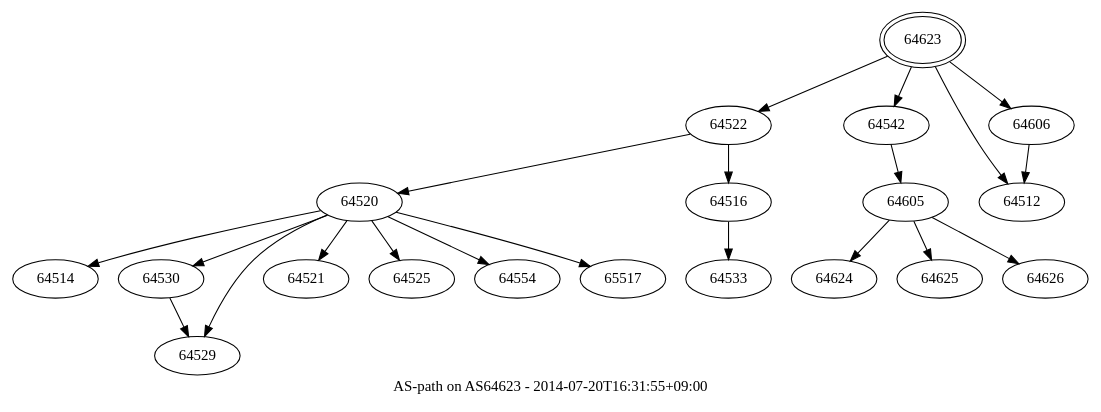
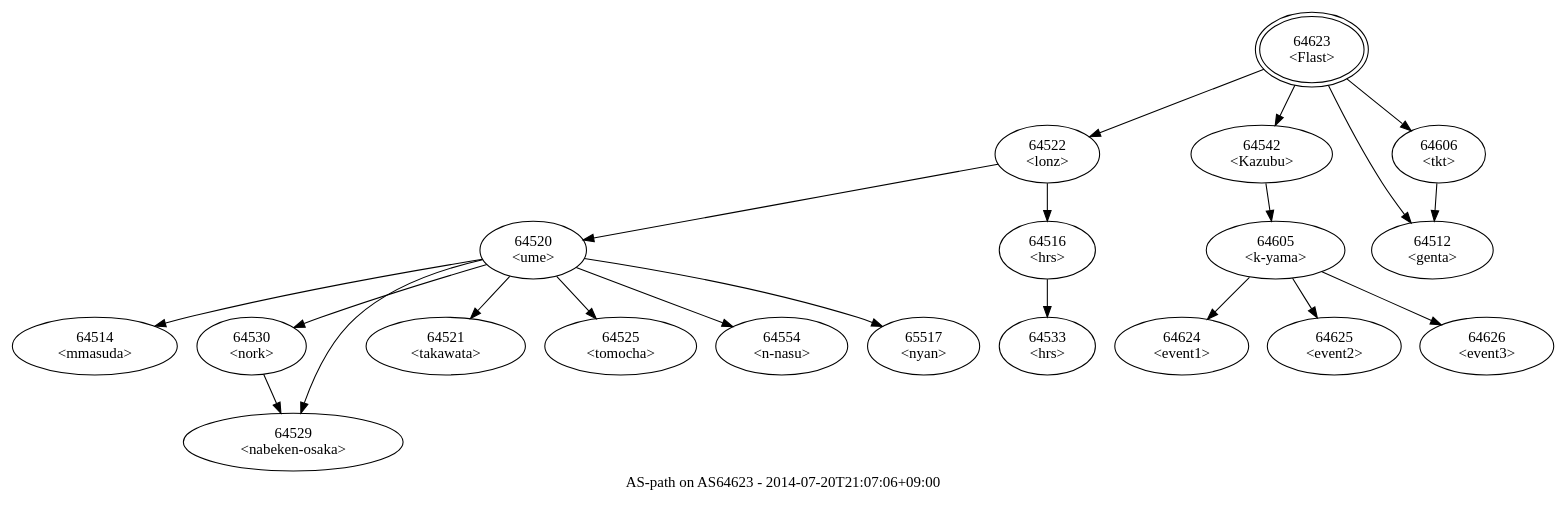
The diagram in aspath/as64623.gv (Flast/flast.github.io), drawn with Graphviz before and after one commit. The commit also changed 3 other files, not shown here.

```diff
--- a/aspath/as64623.gv
+++ b/aspath/as64623.gv
@@ -1,107 +1,107 @@
 digraph aspath {
-	graph [bb="0,0,848,355",
+	graph [bb="0,0,1175,445",
 		center="",
-		label="AS-path on AS64623 - 2014-07-20T16:31:55+09:00",
+		label="AS-path on AS64623 - 2014-07-20T21:07:06+09:00",
 		lheight=0.21,
-		lp="424,11.5",
+		lp="587.5,11.5",
 		lwidth=4.00
 	];
 	node [label="\N"];
-	64623	 [height=0.61111,
-		label=64623,
+	64623	 [height=0.8575,
+		label="64623\n<Flast>",
 		peripheries=2,
-		pos="680,333",
-		width=1.0069];
-	64522	 [height=0.5,
-		label=64522,
-		pos="567,257",
-		width=0.89579];
-	64623 -> 64522	 [pos="e,587.15,271.2 656.04,316.31 638.36,304.73 614.25,288.94 595.57,276.71"];
-	64542	 [height=0.5,
-		label=64542,
-		pos="650,257",
-		width=0.89579];
-	64623 -> 64542	 [pos="e,656.9,275.01 671.64,311.39 668.27,303.06 664.33,293.34 660.74,284.5"];
-	64512	 [height=0.5,
-		label=64512,
-		pos="760,185",
-		width=0.89579];
-	64623 -> 64512	 [pos="e,750.04,202.6 690.45,311.54 700.2,292.6 715.26,263.73 729,239 734.07,229.87 739.8,219.97 744.94,211.22"];
-	64606	 [height=0.5,
-		label=64606,
-		pos="770,257",
-		width=0.89579];
-	64623 -> 64606	 [pos="e,752.57,272.33 700.87,314.84 713.98,304.06 730.97,290.09 744.83,278.7"];
-	64520	 [height=0.5,
-		label=64520,
-		pos="276,185",
-		width=0.89579];
-	64522 -> 64520	 [pos="e,305.28,193.04 538.03,249.03 485.44,236.38 374.23,209.63 315.01,195.38"];
-	64516	 [height=0.5,
-		label=64516,
-		pos="567,185",
-		width=0.89579];
-	64522 -> 64516	 [pos="e,567,203.1 567,238.7 567,230.98 567,221.71 567,213.11"];
-	64514	 [height=0.5,
-		label=64514,
-		pos="32,113",
-		width=0.89579];
-	64520 -> 64514	 [pos="e,56.678,124.6 246.55,177.52 206.91,168.52 134.39,151.05 74,131 71.429,130.15 68.79,129.21 66.147,128.24"];
-	64530	 [height=0.5,
-		label=64530,
-		pos="115,113",
-		width=0.89579];
-	64520 -> 64530	 [pos="e,139.57,124.68 251.2,173.22 223.82,161.31 179.58,142.08 148.98,128.77"];
-	64529	 [height=0.5,
-		label=64529,
-		pos="145,41",
-		width=0.89579];
-	64520 -> 64529	 [pos="e,151.37,58.978 252.2,172.7 234.51,163.4 210.64,148.86 194,131 176.9,112.65 163.68,87.221 155.3,68.243"];
-	64521	 [height=0.5,
-		label=64521,
-		pos="235,113",
-		width=0.89579];
-	64520 -> 64521	 [pos="e,244.74,130.63 266.49,167.76 261.54,159.32 255.38,148.8 249.83,139.31"];
-	64525	 [height=0.5,
-		label=64525,
-		pos="318,113",
-		width=0.89579];
-	64520 -> 64525	 [pos="e,308.02,130.63 285.74,167.76 290.81,159.32 297.12,148.8 302.81,139.31"];
-	64554	 [height=0.5,
-		label=64554,
-		pos="401,113",
-		width=0.89579];
-	64520 -> 64554	 [pos="e,378.74,126.47 298.06,171.65 318.02,160.47 347.62,143.89 369.96,131.38"];
-	65517	 [height=0.5,
-		label=65517,
-		pos="484,113",
-		width=0.89579];
-	64520 -> 65517	 [pos="e,458.8,124.56 303.83,175.82 336.97,165.91 393.92,148.38 442,131 444.4,130.13 446.86,129.22 449.33,128.27"];
-	64530 -> 64529	 [pos="e,137.73,58.956 122.11,95.411 125.57,87.335 129.82,77.431 133.71,68.355"];
-	64533	 [height=0.5,
-		label=64533,
-		pos="567,113",
-		width=0.89579];
-	64516 -> 64533	 [pos="e,567,131.1 567,166.7 567,158.98 567,149.71 567,141.11"];
-	64605	 [height=0.5,
-		label=64605,
-		pos="659,185",
-		width=0.89579];
-	64542 -> 64605	 [pos="e,656.8,203.1 652.22,238.7 653.22,230.98 654.41,221.71 655.51,213.11"];
-	64624	 [height=0.5,
-		label=64624,
-		pos="650,113",
-		width=0.89579];
-	64605 -> 64624	 [pos="e,652.2,131.1 656.78,166.7 655.78,158.98 654.59,149.71 653.49,141.11"];
-	64625	 [height=0.5,
-		label=64625,
-		pos="733,113",
-		width=0.89579];
-	64605 -> 64625	 [pos="e,717.33,128.82 674.69,169.15 684.9,159.5 698.38,146.75 709.81,135.94"];
-	64626	 [height=0.5,
-		label=64626,
-		pos="816,113",
-		width=0.89579];
-	64605 -> 64626	 [pos="e,791.64,124.86 683.53,173.06 710.15,161.2 752.8,142.18 782.49,128.94"];
-	64606 -> 64512	 [pos="e,762.44,203.1 767.53,238.7 766.43,230.98 765.1,221.71 763.87,213.11"];
+		pos="990,414",
+		width=1.26];
+	64522	 [height=0.74639,
+		label="64522\n<lonz>",
+		pos="793,320",
+		width=1.0916];
+	64623 -> 64522	 [pos="e,825,335.95 952.95,395.7 919.22,379.95 869.5,356.73 834.47,340.37"];
+	64542	 [height=0.74639,
+		label="64542\n<Kazubu>",
+		pos="950,320",
+		width=1.4727];
+	64623 -> 64542	 [pos="e,961.01,346.33 977.45,384.14 973.54,375.15 969.19,365.13 965.12,355.78"];
+	64512	 [height=0.74639,
+		label="64512\n<genta>",
+		pos="1086,230",
+		width=1.2061];
+	64623 -> 64512	 [pos="e,1071.3,255.54 1003.8,384.13 1015.7,359.66 1033.4,323.75 1050,293 1055.1,283.63 1060.7,273.61 1066.1,264.41"];
+	64606	 [height=0.74639,
+		label="64606\n<tkt>",
+		pos="1094,320",
+		width=0.97716];
+	64623 -> 64606	 [pos="e,1071.6,340.78 1017.1,389.07 1031.4,376.4 1049,360.81 1063.8,347.74"];
+	64520	 [height=0.74639,
+		label="64520\n<ume>",
+		pos="400,230",
+		width=1.1153];
+	64522 -> 64520	 [pos="e,437.74,239.45 756.03,310.72 684.53,294.71 527.37,259.52 447.95,241.74"];
+	64516	 [height=0.74639,
+		label="64516\n<hrs>",
+		pos="793,230",
+		width=0.97716];
+	64522 -> 64516	 [pos="e,793,257.05 793,293.07 793,285 793,275.94 793,267.3"];
+	64514	 [height=0.74639,
+		label="64514\n<mmasuda>",
+		pos="60,140",
+		width=1.6779];
+	64520 -> 64514	 [pos="e,104.14,158.38 361.59,221.81 308.85,211.58 211.33,191.33 130,167 124.72,165.42 119.27,163.65 113.84,161.79"];
+	64530	 [height=0.74639,
+		label="64530\n<nork>",
+		pos="180,140",
+		width=1.1391];
+	64520 -> 64530	 [pos="e,212.37,156.84 364.91,216.76 331.28,204.81 279.24,185.73 235,167 230.61,165.14 226.06,163.13 221.54,161.08"];
+	64529	 [height=0.74639,
+		label="64529\n<nabeken-osaka>",
+		pos="214,50",
+		width=2.207];
+	64520 -> 64529	 [pos="e,220.5,77.082 363.17,219.28 334.17,210 294.36,193.45 268,167 245.95,144.87 231.83,112.05 223.58,86.964"];
+	64521	 [height=0.74639,
+		label="64521\n<takawata>",
+		pos="334,140",
+		width=1.5872];
+	64520 -> 64521	 [pos="e,352.43,165.57 382.31,205.42 375.02,195.7 366.45,184.27 358.56,173.75"];
+	64525	 [height=0.74639,
+		label="64525\n<tomocha>",
+		pos="466,140",
+		width=1.5635];
+	64520 -> 64525	 [pos="e,447.57,165.57 417.69,205.42 424.98,195.7 433.55,184.27 441.44,173.75"];
+	64554	 [height=0.74639,
+		label="64554\n<n-nasu>",
+		pos="589,140",
+		width=1.3443];
+	64520 -> 64554	 [pos="e,552.74,157.88 432.49,213.87 463.07,199.63 509.17,178.17 543.42,162.22"];
+	65517	 [height=0.74639,
+		label="65517\n<nyan>",
+		pos="698,140",
+		width=1.1489];
+	64520 -> 65517	 [pos="e,666.86,157.93 438.71,221.95 487.84,212.39 574.77,193.43 646,167 649.78,165.6 653.64,164 657.47,162.3"];
+	64530 -> 64529	 [pos="e,204.07,76.701 189.83,113.55 193.12,105.05 196.84,95.418 200.36,86.307"];
+	64533	 [height=0.74639,
+		label="64533\n<hrs>",
+		pos="793,140",
+		width=0.97716];
+	64516 -> 64533	 [pos="e,793,167.05 793,203.07 793,195 793,185.94 793,177.3"];
+	64605	 [height=0.74639,
+		label="64605\n<k-yama>",
+		pos="965,230",
+		width=1.449];
+	64542 -> 64605	 [pos="e,960.56,257.05 954.42,293.07 955.81,284.91 957.37,275.74 958.86,267.01"];
+	64624	 [height=0.74639,
+		label="64624\n<event1>",
+		pos="895,140",
+		width=1.3443];
+	64605 -> 64624	 [pos="e,914.1,165.02 945.87,204.95 938,195.06 928.77,183.46 920.35,172.87"];
+	64625	 [height=0.74639,
+		label="64625\n<event2>",
+		pos="1011,140",
+		width=1.3443];
+	64605 -> 64625	 [pos="e,997.88,166.09 978.31,203.55 982.92,194.71 988.18,184.66 993.1,175.24"];
+	64626	 [height=0.74639,
+		label="64626\n<event3>",
+		pos="1127,140",
+		width=1.3443];
+	64605 -> 64626	 [pos="e,1093.3,159.3 1000.2,209.91 1024.9,196.48 1058.1,178.43 1084.3,164.17"];
+	64606 -> 64512	 [pos="e,1088.4,257.05 1091.6,293.07 1090.9,284.91 1090.1,275.74 1089.3,267.01"];
 }
```
